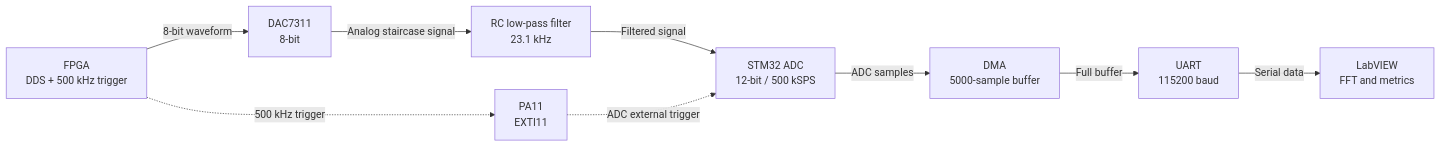
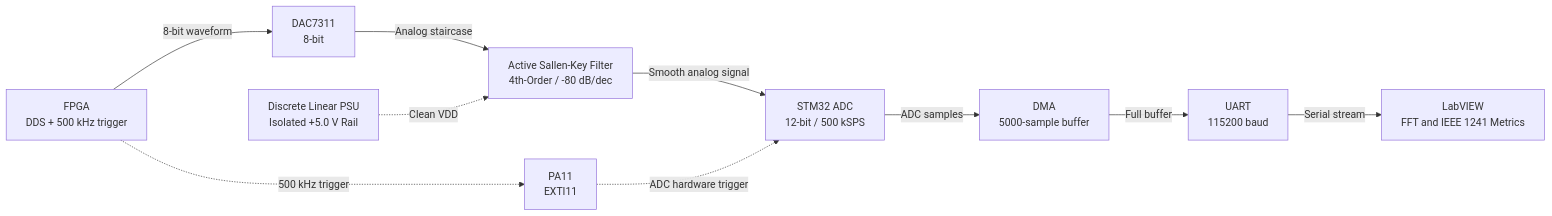
One commit to gulotmg/fpga-mcu-dac-adc-conversion-pipeline changed the diagram in README.md. Above: the diagram before and after it, drawn with Mermaid. The commit also changed other lines of this file and 23 other files, not shown here.

Commit message:
added 4th order sallen-key filter

````diff
--- a/README.md
+++ b/README.md
@@ -36,21 +25,23 @@
 ```mermaid
 flowchart LR
     FPGA["FPGA<br/>DDS + 500 kHz trigger"]
     DAC["DAC7311<br/>8-bit"]
-    FILTER["RC low-pass filter<br/>23.1 kHz"]
+    FILTER["Active Sallen-Key Filter<br/>4th-Order / -80 dB/dec"]
+    PSU["Discrete Linear PSU<br/>Isolated +5.0 V Rail"]
     ADC["STM32 ADC<br/>12-bit / 500 kSPS"]
     DMA["DMA<br/>5000-sample buffer"]
     UART["UART<br/>115200 baud"]
-    LABVIEW["LabVIEW<br/>FFT and metrics"]
+    LABVIEW["LabVIEW<br/>FFT and IEEE 1241 Metrics"]
     EXTI["PA11<br/>EXTI11"]
 
     FPGA -->|8-bit waveform| DAC
-    DAC -->|Analog staircase signal| FILTER
-    FILTER -->|Filtered signal| ADC
+    DAC -->|Analog staircase| FILTER
+    PSU -.->|Clean VDD| FILTER
+    FILTER -->|Smooth analog signal| ADC
     ADC -->|ADC samples| DMA
     DMA -->|Full buffer| UART
-    UART -->|Serial data| LABVIEW
+    UART -->|Serial stream| LABVIEW
 
     FPGA -.->|500 kHz trigger| EXTI
-    EXTI -.->|ADC external trigger| ADC
+    EXTI -.->|ADC hardware trigger| ADC
 ```
````
